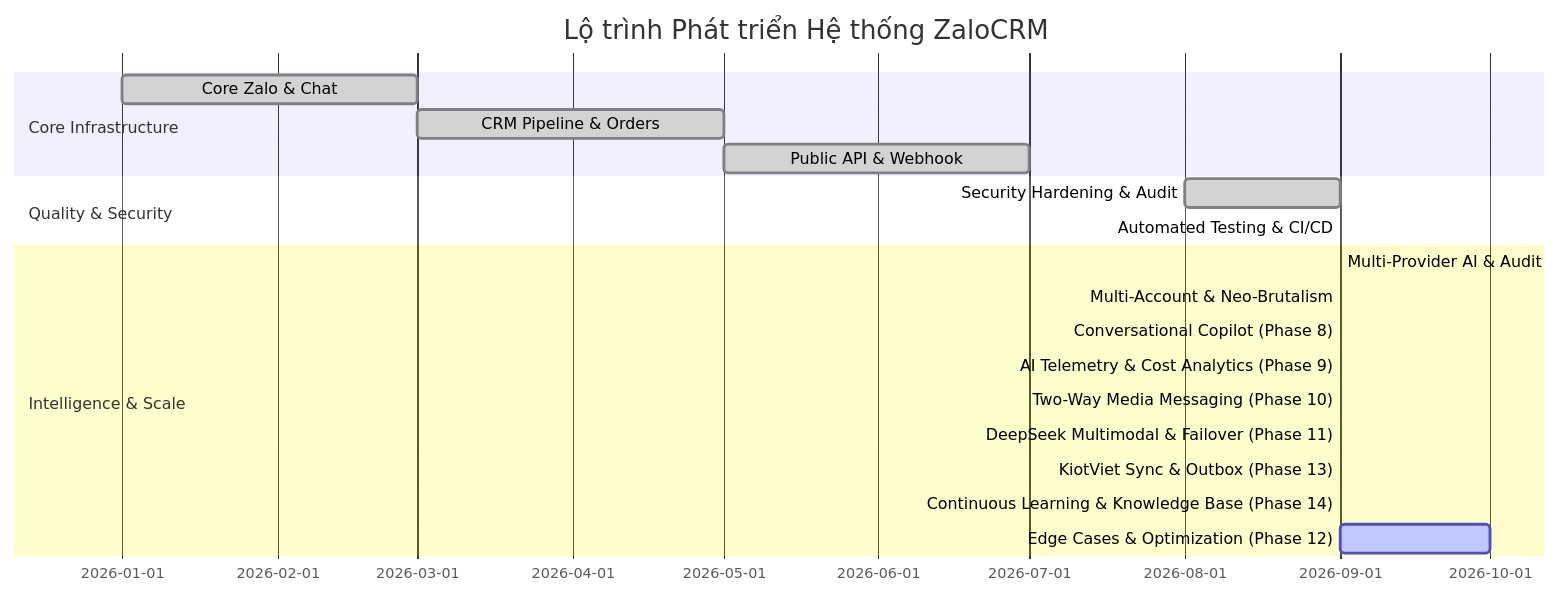
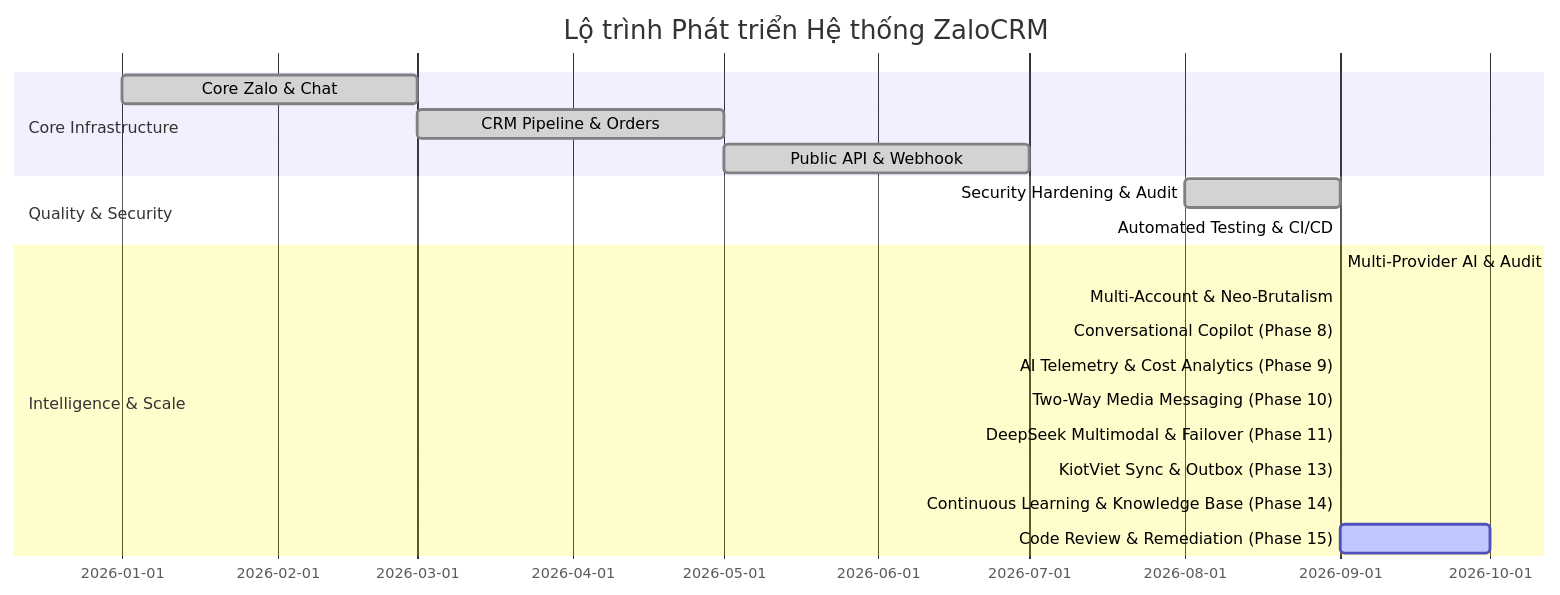
The diagram in docs/project-roadmap.md (duynghien/ZaloCRM), drawn with Mermaid before and after one commit. The commit also changed other lines of this file and 5 other files, not shown here.

Commit message:
docs: update architecture, roadmap, and code standards for edge case fixes

````diff
--- a/docs/project-roadmap.md
+++ b/docs/project-roadmap.md
@@ -7,22 +7,22 @@
 ```mermaid
 gantt
     title Lộ trình Phát triển Hệ thống ZaloCRM
     dateFormat  YYYY-MM
     section Core Infrastructure
     Core Zalo & Chat           :done,    des1, 2026-01, 2026-03
     CRM Pipeline & Orders      :done,    des2, 2026-03, 2026-05
     Public API & Webhook       :done,    des3, 2026-05, 2026-07
     section Quality & Security
     Security Hardening & Audit :done,    des4, 2026-08, 2026-09
     Automated Testing & CI/CD  :done,    des5, 2026-09, 2026-09
     section Intelligence & Scale
     Multi-Provider AI & Audit  :done,    des6, 2026-09, 2026-09
     Multi-Account & Neo-Brutalism :done, des7, 2026-09, 2026-09
     Conversational Copilot (Phase 8) :done, des8, 2026-09, 2026-09
     AI Telemetry & Cost Analytics (Phase 9) :done, des9, 2026-09, 2026-09
     Two-Way Media Messaging (Phase 10) :done, des10, 2026-09, 2026-09
     DeepSeek Multimodal & Failover (Phase 11) :done, des11, 2026-09, 2026-09
     KiotViet Sync & Outbox (Phase 13) :done, des13, 2026-09, 2026-09
     Continuous Learning & Knowledge Base (Phase 14) :done, des14, 2026-09, 2026-09
-    Edge Cases & Optimization (Phase 12) :active, des12, 2026-09, 2026-10
+    Code Review & Remediation (Phase 15) :active, des15, 2026-09, 2026-10
 ```
````
